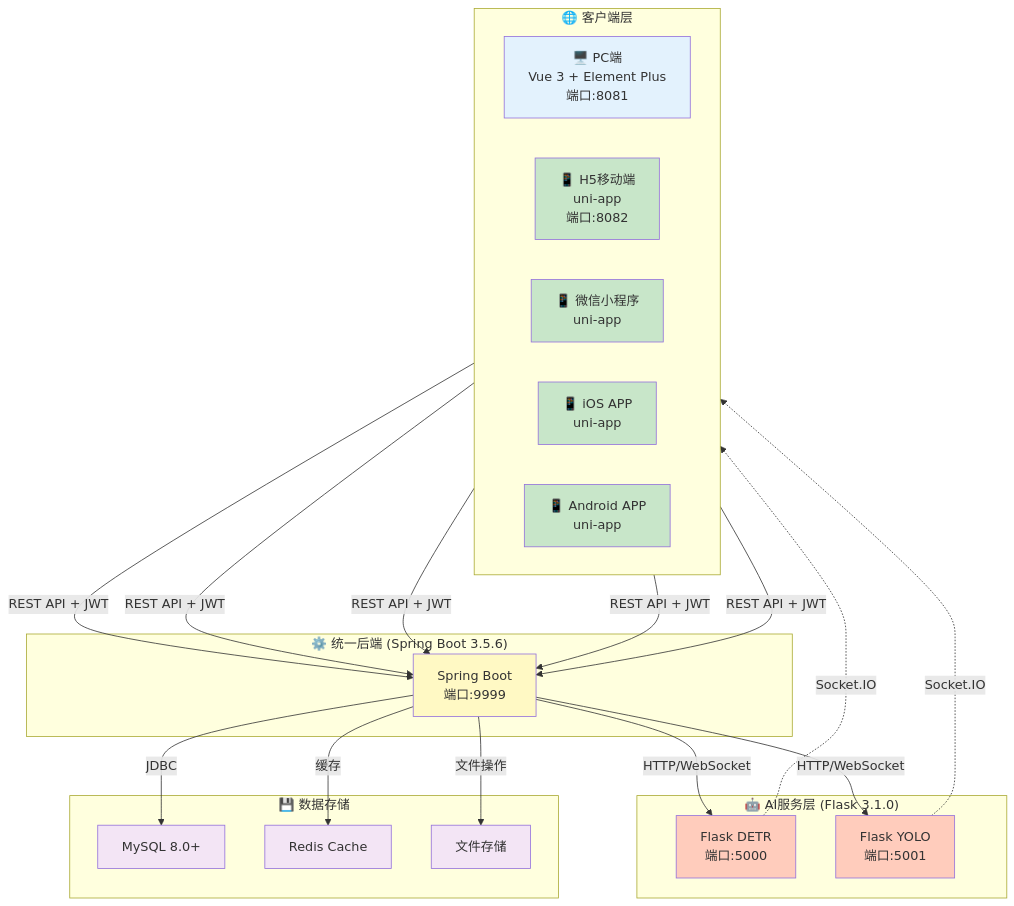
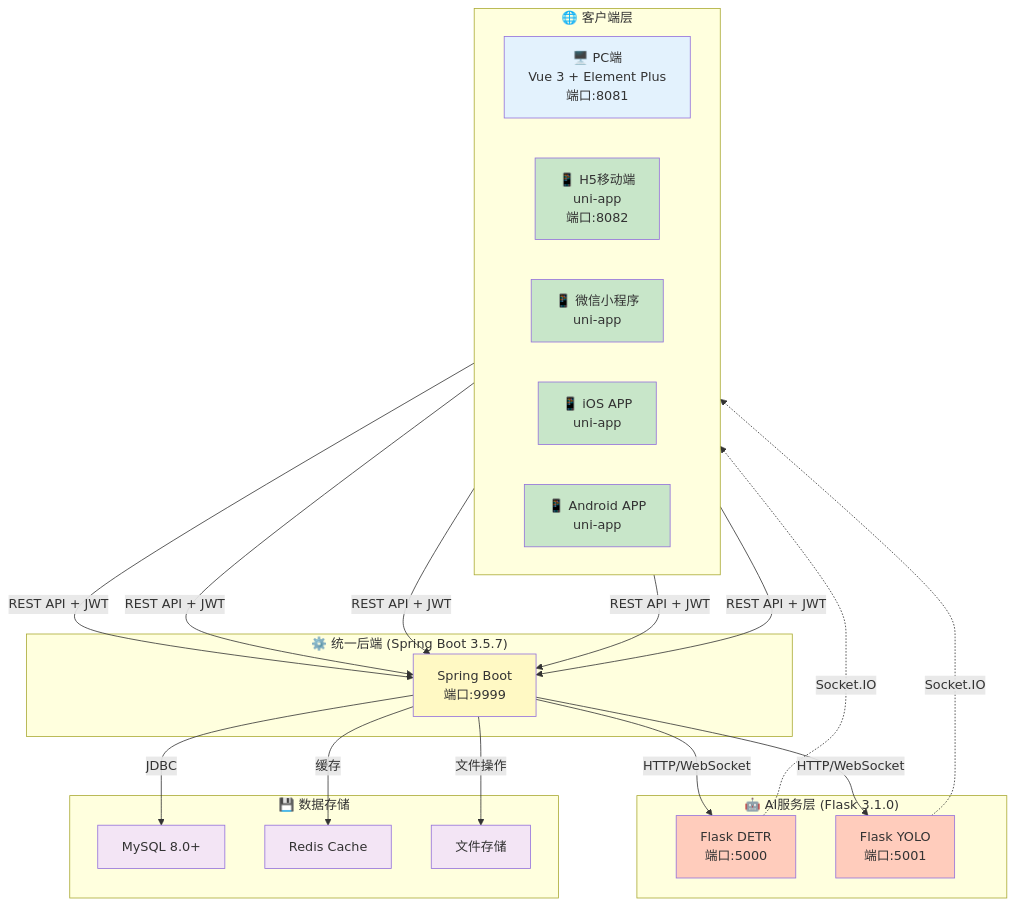
Before and after one commit to Dadalia1917/RuoYi-Classroom-AI: the first of 9 diagrams in README.md, drawn with Mermaid. The commit also changed other lines of this file and 1 other file, not shown here.

````diff
--- a/README.md
+++ b/README.md
@@ -138,53 +139,53 @@
 ```mermaid
 graph TB
     subgraph Clients["🌐 客户端层"]
         direction LR
         PCWeb["🖥️ PC端<br/>Vue 3 + Element Plus<br/>端口:8081"]
         MobileH5["📱 H5移动端<br/>uni-app<br/>端口:8082"]
         MiniApp["📱 微信小程序<br/>uni-app"]
         iOSApp["📱 iOS APP<br/>uni-app"]
         AndroidApp["📱 Android APP<br/>uni-app"]
     end
     
-    subgraph Backend["⚙️ 统一后端 (Spring Boot 3.5.6)"]
+    subgraph Backend["⚙️ 统一后端 (Spring Boot 3.5.7)"]
         SpringBoot["Spring Boot<br/>端口:9999"]
     end
     
     subgraph AIService["🤖 AI服务层 (Flask 3.1.0)"]
         FlaskDETR["Flask DETR<br/>端口:5000"]
         FlaskYOLO["Flask YOLO<br/>端口:5001"]
     end
     
     subgraph Storage["💾 数据存储"]
         MySQL["MySQL 8.0+"]
         Redis["Redis Cache"]
         FileSystem["文件存储"]
     end
     
     PCWeb -->|REST API + JWT| SpringBoot
     MobileH5 -->|REST API + JWT| SpringBoot
     MiniApp -->|REST API + JWT| SpringBoot
     iOSApp -->|REST API + JWT| SpringBoot
     AndroidApp -->|REST API + JWT| SpringBoot
     
     SpringBoot -->|HTTP/WebSocket| FlaskDETR
     SpringBoot -->|HTTP/WebSocket| FlaskYOLO
     SpringBoot -->|JDBC| MySQL
     SpringBoot -->|缓存| Redis
     SpringBoot -->|文件操作| FileSystem
     
     FlaskDETR -.->|Socket.IO| MobileH5
     FlaskYOLO -.->|Socket.IO| MobileH5
     
     style PCWeb fill:#e3f2fd
     style MobileH5 fill:#c8e6c9
     style MiniApp fill:#c8e6c9
     style iOSApp fill:#c8e6c9
     style AndroidApp fill:#c8e6c9
     style SpringBoot fill:#fff9c4
     style FlaskDETR fill:#ffccbc
     style FlaskYOLO fill:#ffccbc
     style MySQL fill:#f3e5f5
     style Redis fill:#f3e5f5
     style FileSystem fill:#f3e5f5
 ```
````
